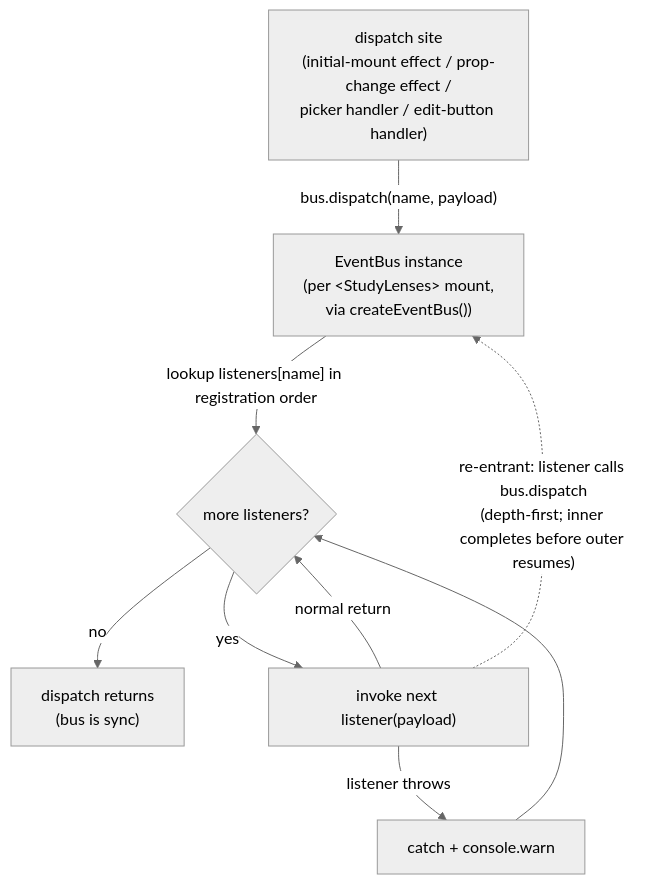
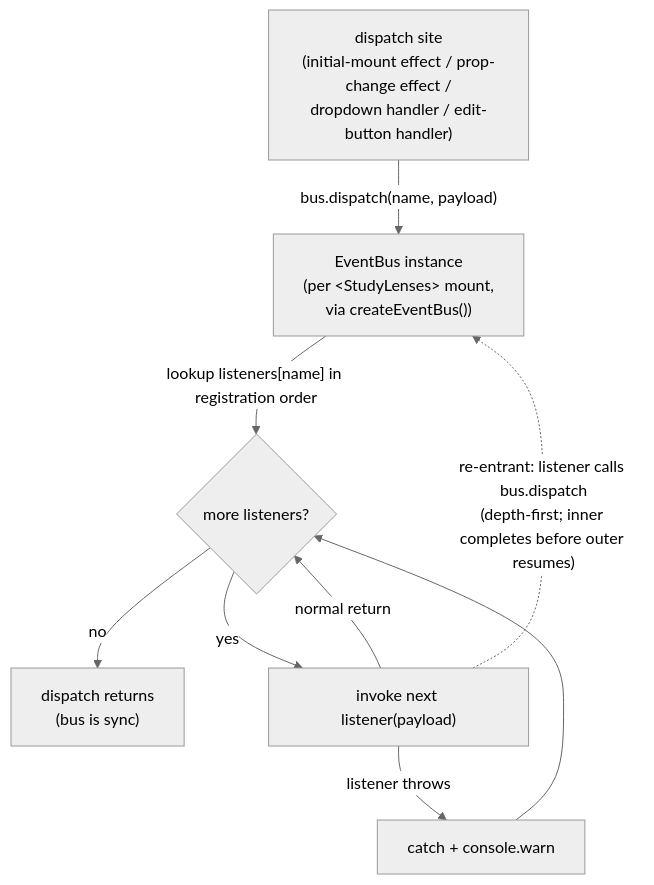
Before and after one commit to codeschoolinabox/curricula: the ninth of 9 diagrams in src/lib/study-lenses/orchestrate/DOCS.md, drawn with Mermaid (neutral theme). The commit also changed other lines of this file and 9 other files, not shown here.

````diff
--- a/src/lib/study-lenses/orchestrate/DOCS.md
+++ b/src/lib/study-lenses/orchestrate/DOCS.md
@@ -733,12 +741,12 @@
 ```mermaid
 flowchart TD
-    DispatchSite["dispatch site<br/>(initial-mount effect / prop-change effect /<br/>picker handler / edit-button handler)"]
+    DispatchSite["dispatch site<br/>(initial-mount effect / prop-change effect /<br/>dropdown handler / edit-button handler)"]
     DispatchSite -->|"bus.dispatch(name, payload)"| Bus["EventBus instance<br/>(per &lt;StudyLenses&gt; mount,<br/>via createEventBus())"]
     Bus -->|"lookup listeners[name] in registration order"| ListenerStep{"more listeners?"}
     ListenerStep -->|"no"| Done["dispatch returns<br/>(bus is sync)"]
     ListenerStep -->|"yes"| Invoke["invoke next listener(payload)"]
     Invoke -->|"normal return"| ListenerStep
     Invoke -->|"listener throws"| CatchWarn["catch + console.warn"]
     CatchWarn --> ListenerStep
     Invoke -.->|"re-entrant: listener calls bus.dispatch<br/>(depth-first; inner completes before outer resumes)"| Bus
 ```
````
